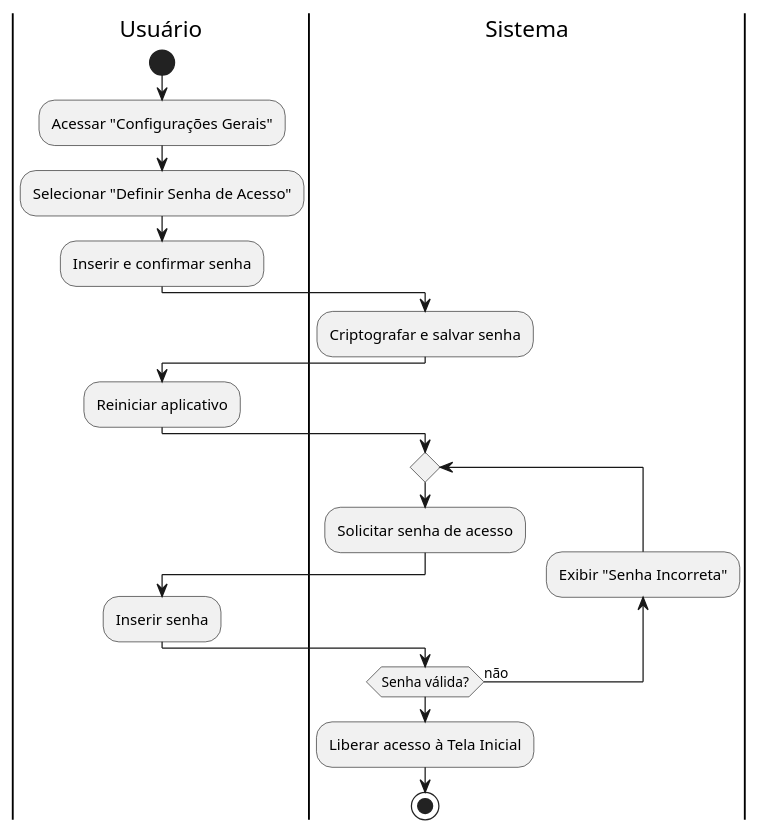
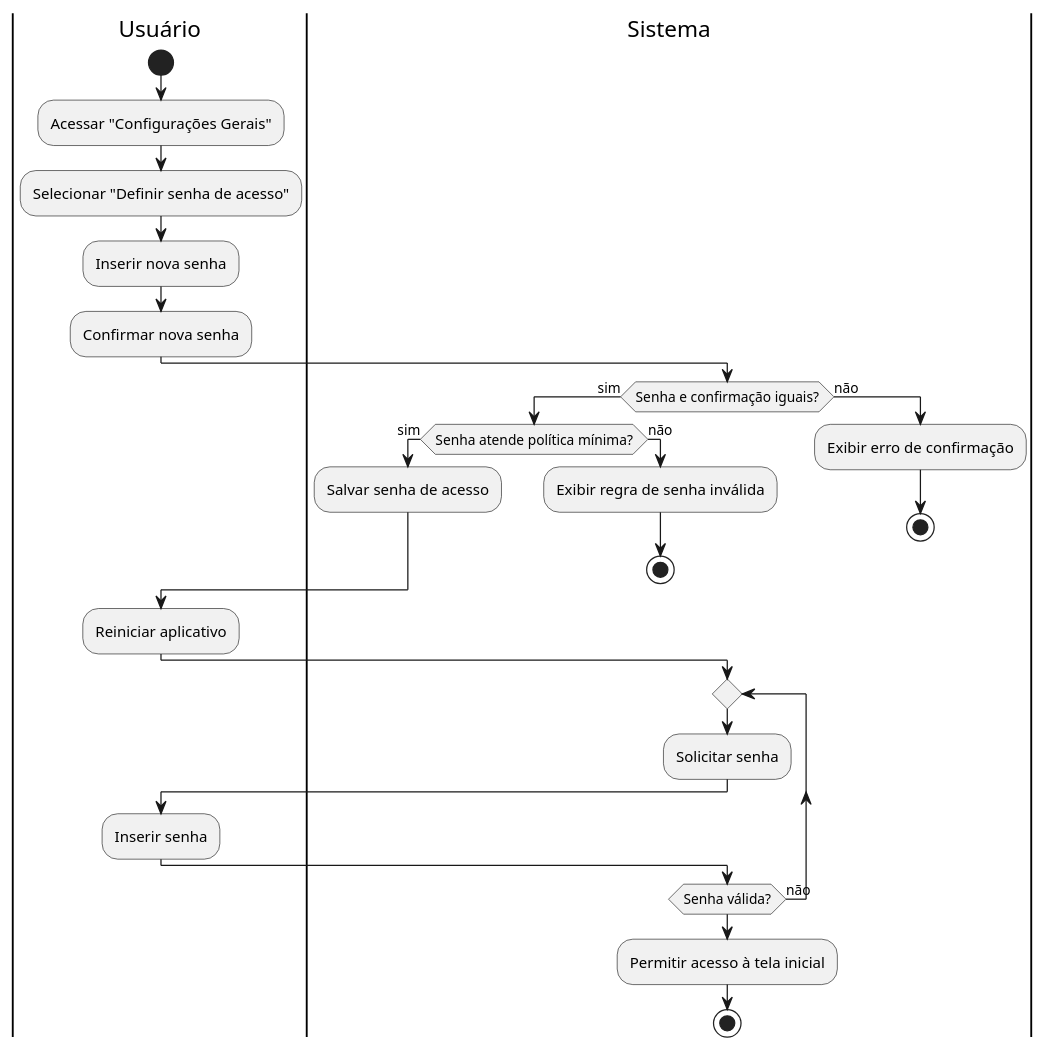
Before and after one commit to aspiringluke/Projeto-Integrado-Mobile: the diagram in docs/casosUso/uml/diagramas_atividade/diagrama_atividade_UC17.puml, drawn with PlantUML. The commit also changed 17 other files, not shown here.

```diff
--- a/docs/casosUso/uml/diagramas_atividade/diagrama_atividade_UC17.puml
+++ b/docs/casosUso/uml/diagramas_atividade/diagrama_atividade_UC17.puml
@@ -1,23 +1,36 @@
 @startuml diagrama_UC17
 
 |Usuário|
 start
 :Acessar "Configurações Gerais";
-:Selecionar "Definir Senha de Acesso";
-:Inserir e confirmar senha;
+:Selecionar "Definir senha de acesso";
+:Inserir nova senha;
+:Confirmar nova senha;
+
 |Sistema|
-:Criptografar e salvar senha;
+if (Senha e confirmação iguais?) then (sim)
+  if (Senha atende política mínima?) then (sim)
+    :Salvar senha de acesso;
+  else (não)
+    :Exibir regra de senha inválida;
+    stop
+  endif
+else (não)
+  :Exibir erro de confirmação;
+  stop
+endif
+
 |Usuário|
 :Reiniciar aplicativo;
+
 |Sistema|
 repeat
-  :Solicitar senha de acesso;
+  :Solicitar senha;
   |Usuário|
   :Inserir senha;
   |Sistema|
-backward:Exibir "Senha Incorreta";
 repeat while (Senha válida?) is (não)
-:Liberar acesso à Tela Inicial;
+:Permitir acesso à tela inicial;
+
 stop
-
 @enduml
```
